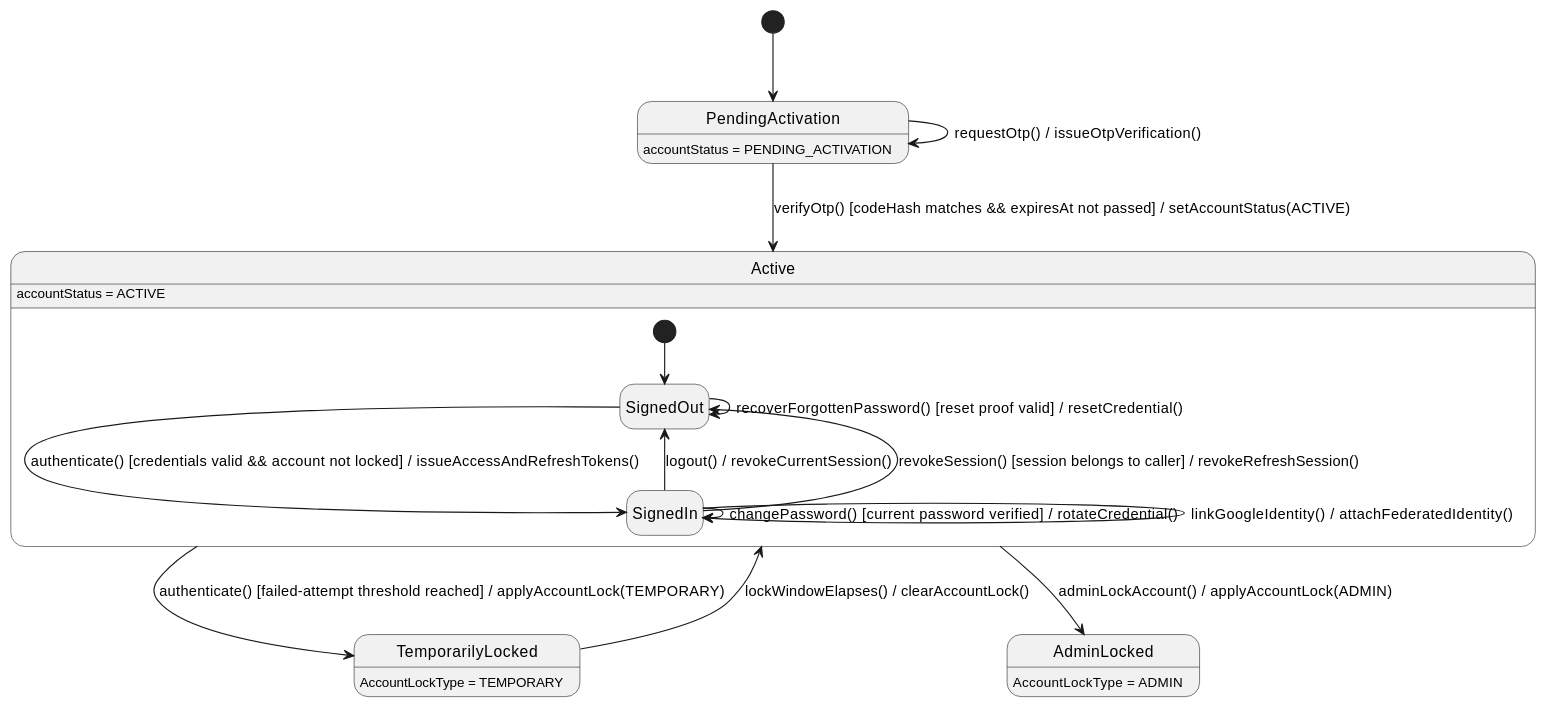
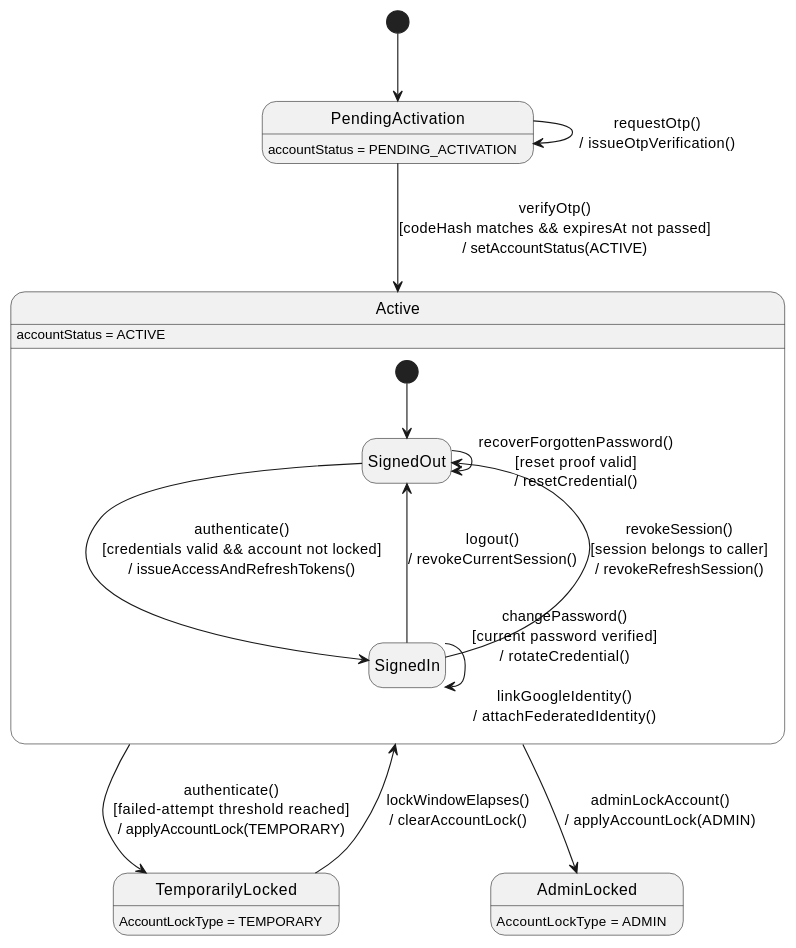
The third of 3 diagrams in 03_Design/Detailed_Design/MF01_Account_Trust_Access_Control/01_Account_Registration_Authentication_and_Sessions.md (ChuongBDHE172784/CareBridge_SEP490_G79), drawn with PlantUML before and after one commit. The commit also changed 61 other files, not shown here.

Commit message:
docs: update detailed design documentation and state chart diagrams across all feature modules

````diff
--- a/03_Design/Detailed_Design/MF01_Account_Trust_Access_Control/01_Account_Registration_Authentication_and_Sessions.md
+++ b/03_Design/Detailed_Design/MF01_Account_Trust_Access_Control/01_Account_Registration_Authentication_and_Sessions.md
@@ -661,28 +661,27 @@
 ```plantuml
 @startuml StateChartDiagram_01AccountRegistrationAuthenticationandSessions
 hide empty description
 [*] --> PendingActivation
 
-PendingActivation --> PendingActivation : requestOtp() / issueOtpVerification()
-PendingActivation --> Active : verifyOtp() [codeHash matches && expiresAt not passed] / setAccountStatus(ACTIVE)
+PendingActivation --> PendingActivation : requestOtp()\n/ issueOtpVerification()
+PendingActivation --> Active : verifyOtp()\n[codeHash matches && expiresAt not passed]\n/ setAccountStatus(ACTIVE)
 
-Active --> TemporarilyLocked : authenticate() [failed-attempt threshold reached] / applyAccountLock(TEMPORARY)
-TemporarilyLocked --> Active : lockWindowElapses() / clearAccountLock()
-Active --> AdminLocked : adminLockAccount() / applyAccountLock(ADMIN)
+Active --> TemporarilyLocked : authenticate()\n[failed-attempt threshold reached]\n/ applyAccountLock(TEMPORARY)
+TemporarilyLocked --> Active : lockWindowElapses()\n/ clearAccountLock()
+Active --> AdminLocked : adminLockAccount()\n/ applyAccountLock(ADMIN)
 
 state Active {
   [*] --> SignedOut
-  SignedOut --> SignedIn : authenticate() [credentials valid && account not locked] / issueAccessAndRefreshTokens()
-  SignedIn --> SignedOut : logout() / revokeCurrentSession()
-  SignedIn --> SignedOut : revokeSession() [session belongs to caller] / revokeRefreshSession()
-  SignedIn --> SignedIn : changePassword() [current password verified] / rotateCredential()
-  SignedIn --> SignedIn : linkGoogleIdentity() / attachFederatedIdentity()
-  SignedOut --> SignedOut : recoverForgottenPassword() [reset proof valid] / resetCredential()
+  SignedOut --> SignedIn : authenticate()\n[credentials valid && account not locked]\n/ issueAccessAndRefreshTokens()
+  SignedIn --> SignedOut : logout()\n/ revokeCurrentSession()
+  SignedIn --> SignedOut : revokeSession()\n[session belongs to caller]\n/ revokeRefreshSession()
+  SignedIn --> SignedIn : changePassword()\n[current password verified]\n/ rotateCredential()\n\nlinkGoogleIdentity()\n/ attachFederatedIdentity()
+  SignedOut --> SignedOut : recoverForgottenPassword()\n[reset proof valid]\n/ resetCredential()
 }
 
 PendingActivation : accountStatus = PENDING_ACTIVATION
 Active : accountStatus = ACTIVE
 TemporarilyLocked : AccountLockType = TEMPORARY
 AdminLocked : AccountLockType = ADMIN
 @enduml
 ```
````
